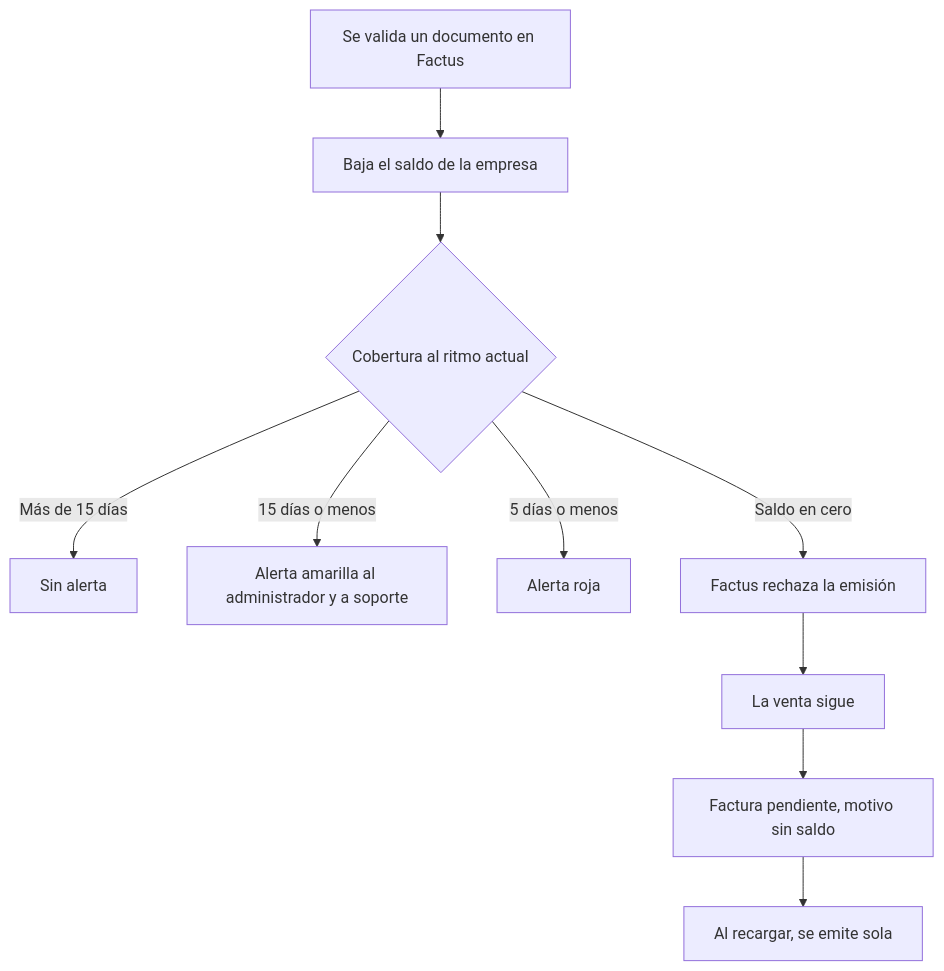
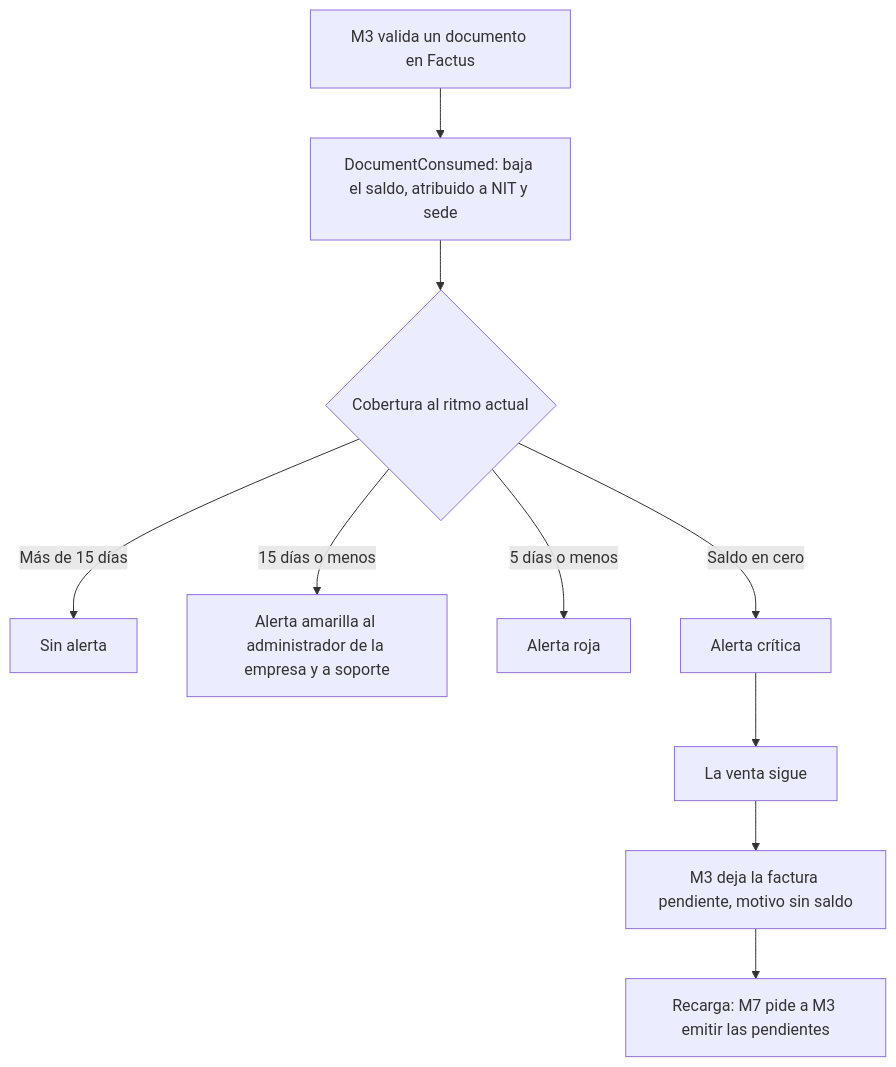
Before and after one commit to CesarJOtizM/blackHole: the second of 4 diagrams in docs/flujos/m7-saas.md, drawn with Mermaid. The commit also changed other lines of this file and 159 other files, not shown here.

````diff
--- a/docs/flujos/m7-saas.md
+++ b/docs/flujos/m7-saas.md
@@ -40,12 +42,12 @@
 ```mermaid
 flowchart TD
-  A["Se valida un documento en Factus"] --> B["Baja el saldo de la empresa"]
+  A["M3 valida un documento en Factus"] --> B["DocumentConsumed: baja el saldo, atribuido a NIT y sede"]
   B --> C{"Cobertura al ritmo actual"}
-  C -->|Más de 15 días| D["Sin alerta"]
-  C -->|"15 días o menos"| E["Alerta amarilla al administrador y a soporte"]
+  C -->|"Más de 15 días"| D["Sin alerta"]
+  C -->|"15 días o menos"| E["Alerta amarilla al administrador de la empresa y a soporte"]
   C -->|"5 días o menos"| F["Alerta roja"]
-  C -->|Saldo en cero| G["Factus rechaza la emisión"]
+  C -->|"Saldo en cero"| G["Alerta crítica"]
   G --> H["La venta sigue"]
-  H --> I["Factura pendiente, motivo sin saldo"]
-  I --> J["Al recargar, se emite sola"]
+  H --> I["M3 deja la factura pendiente, motivo sin saldo"]
+  I --> J["Recarga: M7 pide a M3 emitir las pendientes"]
 ```
````
